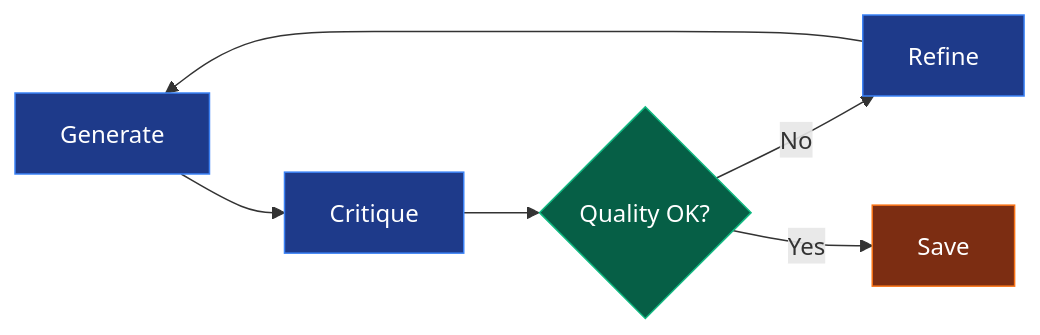
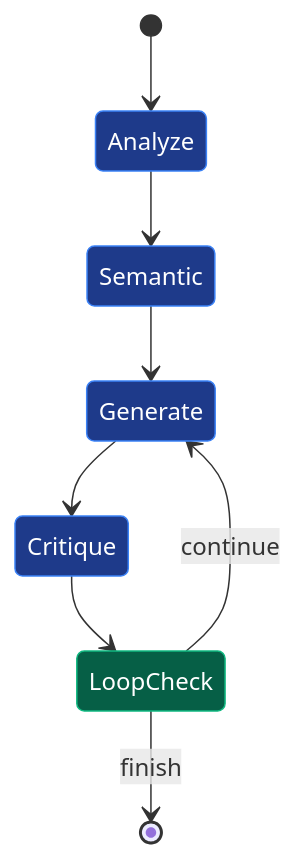
The diagram in docs/guide/overview.md (deepak-sekarbabu/ai-doc-agent), drawn with Mermaid before and after one commit. The commit also changed other lines of this file and 18 other files, not shown here.

````diff
--- a/docs/guide/overview.md
+++ b/docs/guide/overview.md
@@ -15,16 +15,17 @@
 ```mermaid
-graph LR
-    A[Generate] --> B[Critique]
-    B --> C{Quality OK?}
-    C -->|No| D[Refine]
-    D --> A
-    C -->|Yes| E[Save]
-    
+stateDiagram-v2
+    [*] --> Analyze
+    Analyze --> Semantic
+    Semantic --> Generate
+    Generate --> Critique
+    Critique --> LoopCheck
+    LoopCheck --> Generate : continue
+    LoopCheck --> [*] : finish
+
     classDef processNode fill:#1e3a8a,stroke:#3b82f6,color:#fff
     classDef decisionNode fill:#065f46,stroke:#10b981,color:#fff
     classDef endNode fill:#7c2d12,stroke:#f97316,color:#fff
-    
-    class A,B,D processNode
-    class C decisionNode
-    class E endNode
+
+    class Analyze,Semantic,Generate,Critique processNode
+    class LoopCheck decisionNode
 ```
````
